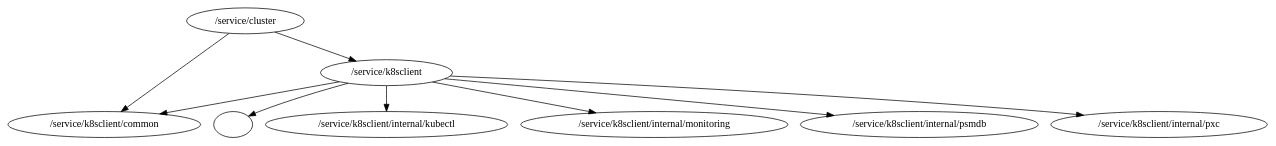
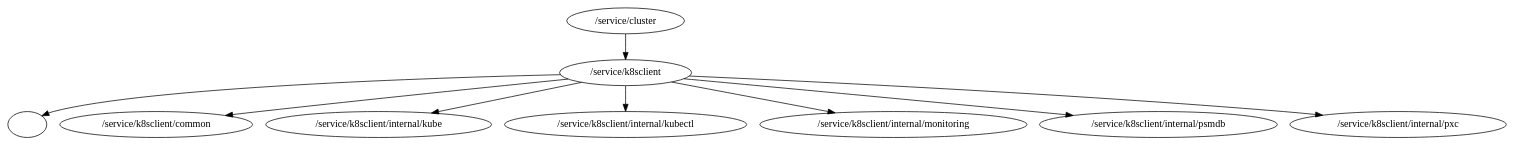
Before and after one commit to percona/dbaas-controller: the diagram in packages.dot, drawn with Graphviz. The commit also changed 1 other file, not shown here.

```diff
--- a/packages.dot
+++ b/packages.dot
@@ -1,10 +1,10 @@
 digraph packages {
 	"/service/cluster" -> "/service/k8sclient";
-	"/service/cluster" -> "/service/k8sclient/common";
 	"/service/k8sclient" -> "";
 	"/service/k8sclient" -> "/service/k8sclient/common";
+	"/service/k8sclient" -> "/service/k8sclient/internal/kube";
 	"/service/k8sclient" -> "/service/k8sclient/internal/kubectl";
 	"/service/k8sclient" -> "/service/k8sclient/internal/monitoring";
 	"/service/k8sclient" -> "/service/k8sclient/internal/psmdb";
 	"/service/k8sclient" -> "/service/k8sclient/internal/pxc";
 }
```
